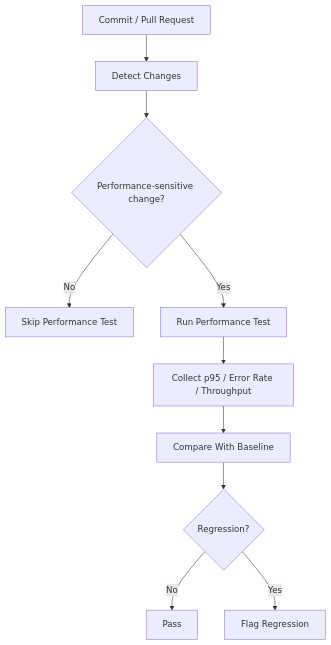
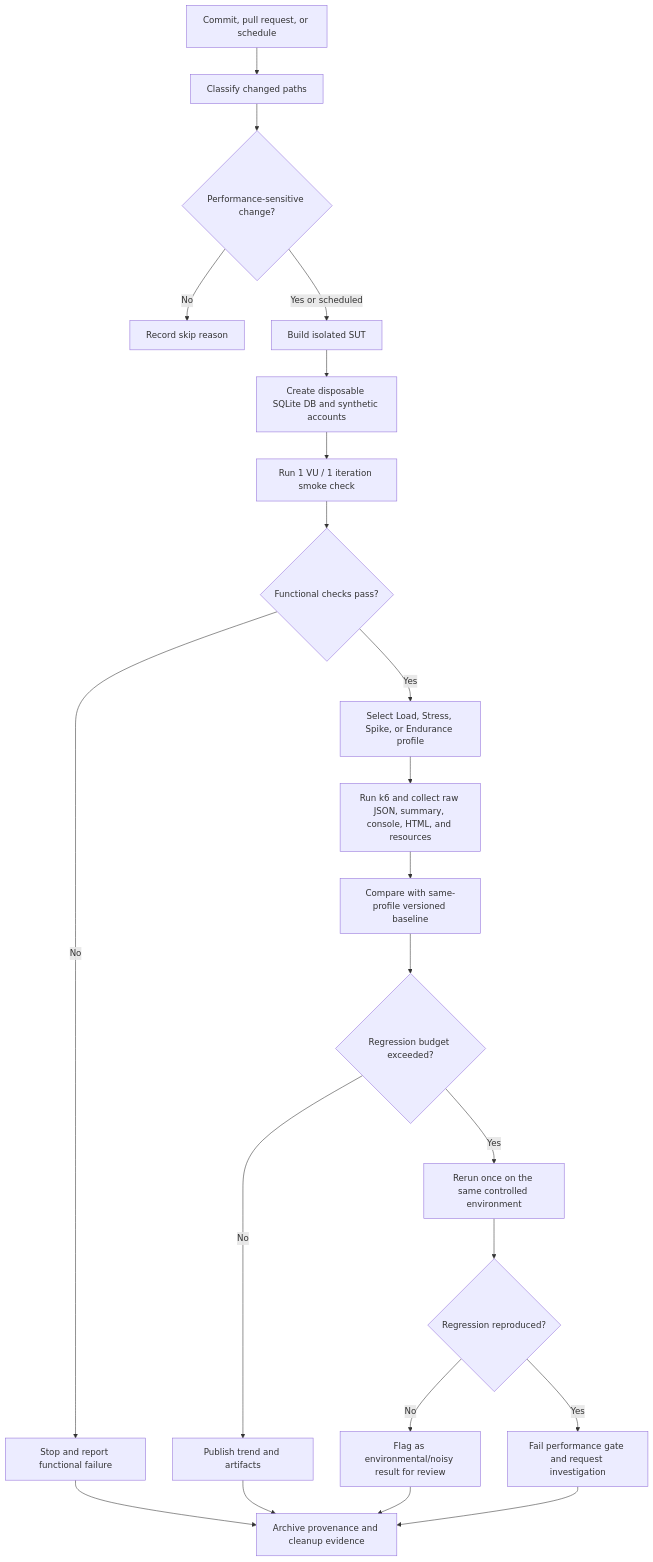
The diagram in 23127430/HW05/docs/continuous-performance/continuous_performance_testing.md (namdin05/ST-Group), drawn with Mermaid before and after one commit. The commit also changed other lines of this file and 165 other files, not shown here.

Commit message:
feat: Spike, Stress, Endurance test is completed

````diff
--- a/23127430/HW05/docs/continuous-performance/continuous_performance_testing.md
+++ b/23127430/HW05/docs/continuous-performance/continuous_performance_testing.md
@@ -13,12 +21,24 @@
 ```mermaid
 flowchart TD
-    A[Commit / Pull Request] --> B[Detect Changes]
+    A[Commit, pull request, or schedule] --> B[Classify changed paths]
     B --> C{Performance-sensitive change?}
-    C -->|No| D[Skip Performance Test]
-    C -->|Yes| E[Run Performance Test]
-    E --> F[Collect p95 / Error Rate / Throughput]
-    F --> G[Compare With Baseline]
-    G --> H{Regression?}
-    H -->|No| I[Pass]
-    H -->|Yes| J[Flag Regression]
+    C -->|No| D[Record skip reason]
+    C -->|Yes or scheduled| E[Build isolated SUT]
+    E --> F[Create disposable SQLite DB and synthetic accounts]
+    F --> G[Run 1 VU / 1 iteration smoke check]
+    G --> H{Functional checks pass?}
+    H -->|No| I[Stop and report functional failure]
+    H -->|Yes| J[Select Load, Stress, Spike, or Endurance profile]
+    J --> K[Run k6 and collect raw JSON, summary, console, HTML, and resources]
+    K --> L[Compare with same-profile versioned baseline]
+    L --> M{Regression budget exceeded?}
+    M -->|No| N[Publish trend and artifacts]
+    M -->|Yes| O[Rerun once on the same controlled environment]
+    O --> P{Regression reproduced?}
+    P -->|No| Q[Flag as environmental/noisy result for review]
+    P -->|Yes| R[Fail performance gate and request investigation]
+    I --> S[Archive provenance and cleanup evidence]
+    N --> S
+    Q --> S
+    R --> S
 ```
````
